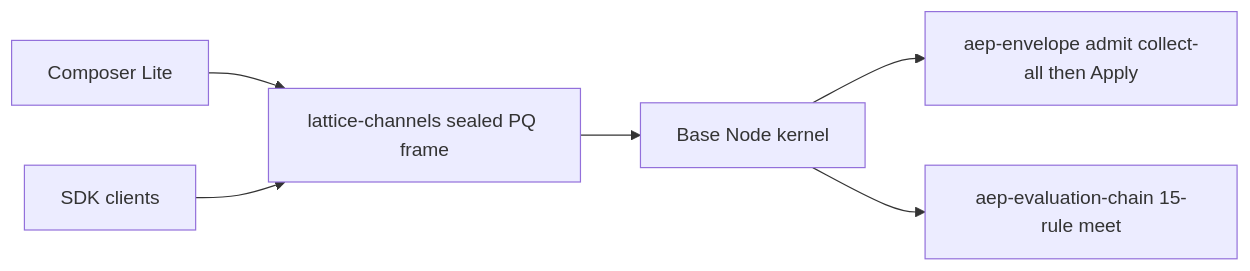
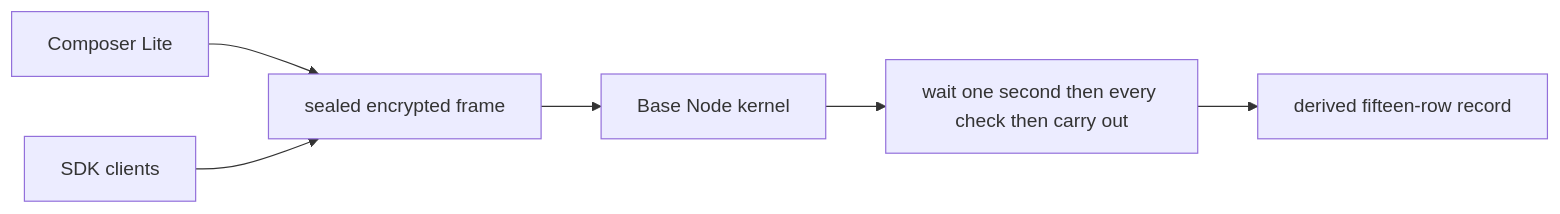
Before and after one commit to thePM001/AEP-agent-element-protocol: the second of 4 diagrams in README.md, drawn with Mermaid. The commit also changed other lines of this file and 15 other files, not shown here.

````diff
--- a/README.md
+++ b/README.md
@@ -30,14 +144,14 @@
 ```mermaid
 flowchart LR
   UI[Composer Lite]
   SDK[SDK clients]
-  LT[lattice-channels sealed PQ frame]
+  LT[sealed encrypted frame]
   BN[Base Node kernel]
-  ADMIT[aep-envelope admit collect-all then Apply]
-  MEET[aep-evaluation-chain 15-rule meet]
+  EVAL[wait one second then every check then carry out]
+  LEDGER[derived fifteen-row record]
   UI --> LT
   SDK --> LT
   LT --> BN
-  BN --> ADMIT
-  BN --> MEET
+  BN --> EVAL
+  EVAL --> LEDGER
 ```
````
